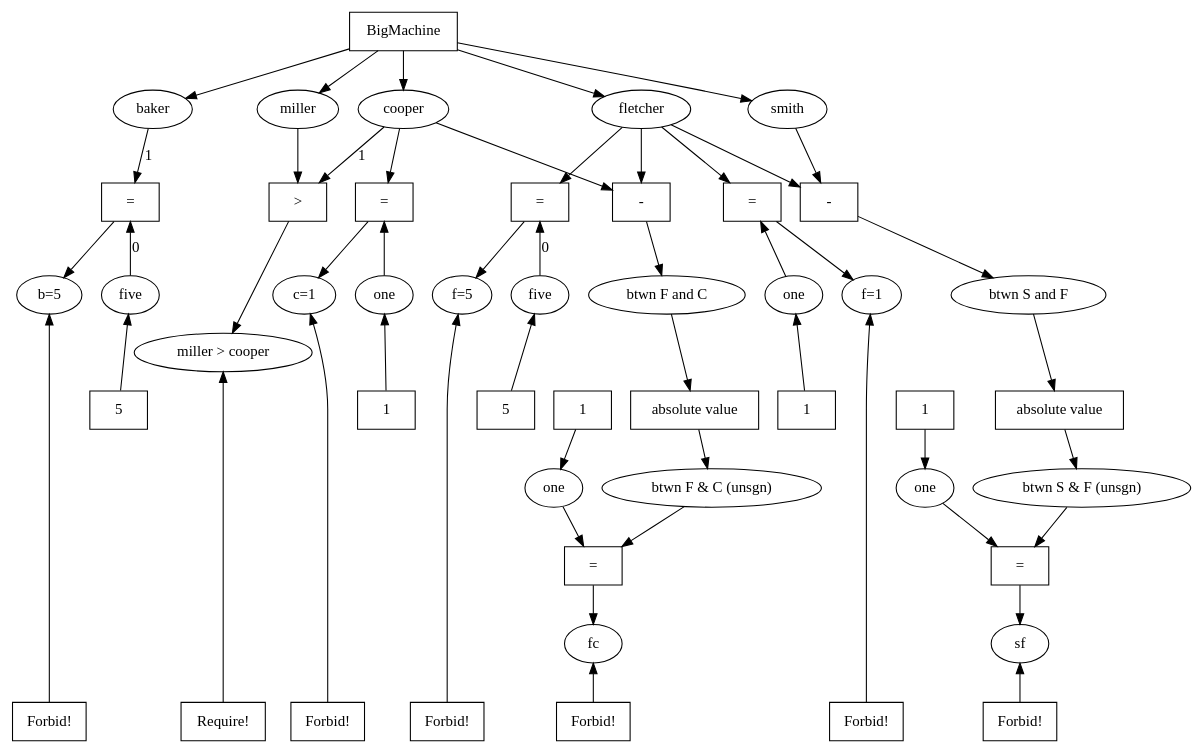
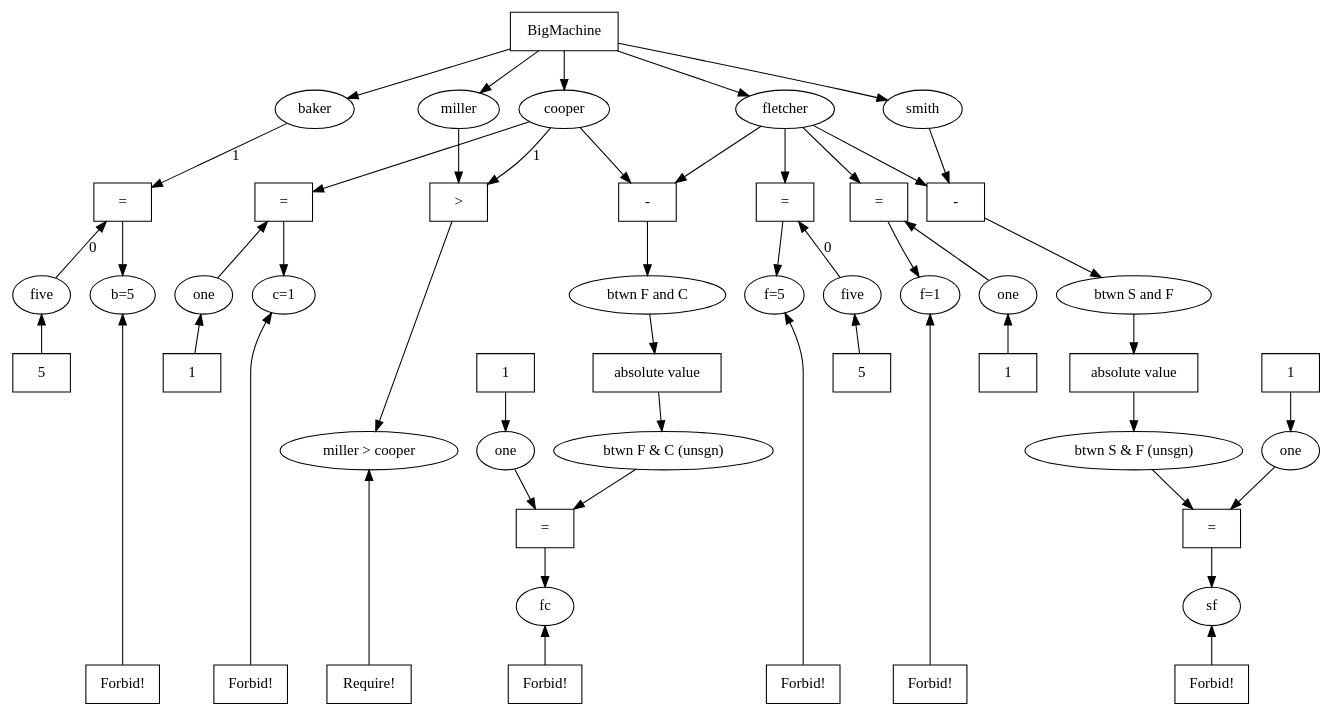
One commit to ProjectMAC/propagators changed the diagram in explorations/graphics/mdonemachine.dot. Above: the diagram before and after it, drawn with Graphviz.

Commit message:
Ok, this will do.

```diff
--- a/explorations/graphics/mdonemachine.dot
+++ b/explorations/graphics/mdonemachine.dot
@@ -1,121 +1,122 @@
 digraph G {
   ratio=fill;
   "(variable) 11" [label="baker", shape="ellipse", rank="people" ];
   "(variable) 17" [label="cooper", shape="ellipse", rank="people" ];
   "(variable) 15" [label="fletcher", shape="ellipse", rank="people" ];
+  "(variable) 19" [label="miller", shape="ellipse", rank="people" ];
   "(variable) 21" [label="smith", shape="ellipse", rank="people" ];
-  "(variable) 19" [label="miller", shape="ellipse", rank="people" ];
+
 
   "(propagator) 12" [label="=", shape="box" ];
    { rank=same; "(propagator) 12"; "(propagator) 14"; "(propagator) 16"; "(propagator) 34"; "(propagator) 37"; "(propagator) 18";  };
    { rank=same; "(variable) 130"; "(variable) 131"; "(variable) 238"; "(variable) 241" }; 
-
+   { rank=same; "(variable) 25"; "(variable) 145"; "(variable) 29"; }; 
    { rank=same; "(propagator) 240"; "(propagator) 241"; "(propagator) 401"; "(propagator) 402"; "(propagator) 403"; };
 
   "(propagator) 240" [label="5", shape="box" ];
   "(variable) 130" -> "(propagator) 240" [label="", dir=back, ];
   "(variable) 130" [label="five", shape="ellipse" ];
   "(propagator) 241" [label="5", shape="box" ];
   "(variable) 131" -> "(propagator) 241" [label="", dir=back, ];
   "(variable) 131" [label="five", shape="ellipse" ];
 
   "(variable) 130" -> "(propagator) 12" [label=0 ];
   "(variable) 131" -> "(propagator) 14" [label=0 ];
 
   "(propagator) 18" [label=">", shape="box" ];
   "(variable) 19" -> "(propagator) 18" [label="" ];
   "(variable) 17" -> "(propagator) 18" [label=1 ];
   "(propagator) 18" -> "(variable) 145" [label="" ];
   "(variable) 145" [label="miller > cooper", shape="ellipse" ];
   "(propagator) 146" [label="Require!", shape="box" ];
   "(propagator) 146" -> "(variable) 145" [label="" ];
 
 
 
   "(propagator) 14" [label="=", shape="box" ];
   "(variable) 15" -> "(propagator) 14" [label="" ];
   "(propagator) 16" [label="-", shape="box" ];
   "(variable) 15" -> "(propagator) 16" [label="" ];
   "(variable) 17" -> "(propagator) 16" [label="" ];
    { rank=same; "(variable) 11"; "(variable) 15"; "(variable) 17"; "(variable) 19"; "(variable) 21" }; 
   "(propagator) 22" [label="-", shape="box" ];
   "(variable) 21" -> "(propagator) 22" [label="" ];
   "(variable) 15" -> "(propagator) 22" [label="" ];
   "(propagator) 22" -> "(variable) 23" [label="" ];
   "(variable) 23" [label="btwn S and F", shape="ellipse" ];
   "(propagator) 24" [label="absolute value", shape="box" ];
   "(variable) 23" -> "(propagator) 24" [label="" ];
   "(propagator) 24" -> "(variable) 25" [label="" ];
   "(variable) 25" [label="btwn S & F (unsgn)", shape="ellipse" ];
   "(propagator) 26" [label="=", shape="box" ];
   "(variable) 207" -> "(propagator) 26" [label="" ];
    { rank=same; "(variable) 209"; "(variable) 210"; "(variable) 35"; "(variable) 38" }; 
 
   "(propagator) 400" [label="1", shape="box" ];
   "(propagator) 400" -> "(variable) 207" [label="" ];
   "(variable) 207" [label="one", shape="ellipse" ];
   "(propagator) 401" [label="1", shape="box" ];
   "(propagator) 401" -> "(variable) 208" [label="" ];
   "(variable) 208" [label="one", shape="ellipse" ];
   "(propagator) 402" [label="1", shape="box" ];
    "(variable) 209" -> "(propagator) 402" [label="", dir=back, ];
   "(variable) 209" [label="one", shape="ellipse" ];
   "(propagator) 403" [label="1", shape="box" ];
   "(variable) 210" -> "(propagator) 403"  [label="", dir=back ];
   "(variable) 210" [label="one", shape="ellipse" ];
 
   "(propagator) 28" [label="=", shape="box" ];
   "(variable) 208" -> "(propagator) 28" [label="" ];
   "(variable) 29" -> "(propagator) 28" [label="" ];
   "(variable) 29" [label="btwn F & C (unsgn)", shape="ellipse" ];
   "(propagator) 30" [label="absolute value", shape="box" ];
   "(variable) 31" -> "(propagator) 30" [label="" ];
   "(variable) 31" [label="btwn F and C", shape="ellipse" ];
   "(propagator) 30" -> "(variable) 29" [label="" ];
   "(propagator) 28" -> "(variable) 32" [label="" ];
   "(variable) 32" [label="fc", shape="ellipse" ];
    { rank=max; "(propagator) 33"; "(propagator) 36"; "(propagator) 39"; "(propagator) 42"; "(propagator) 146"; "(propagator) 239"; "(propagator) 242" };
   "(propagator) 33" [label="Forbid!", shape="box", rank="forbid" ];
   "(propagator) 33" -> "(variable) 32" [label="" ];
   "(variable) 15" -> "(propagator) 34" [label="" ];
 
 subgraph cluster_0 {
                 label = "f_one";	
   "(propagator) 34" [label="=", shape="box" ];
   "(variable) 209" -> "(propagator) 34" [label="" ];
   "(propagator) 34" -> "(variable) 35" [label="" ];
   "(variable) 35" [label="f=1", shape="ellipse" ];
   "(propagator) 36" [label="Forbid!", shape="box", rank="forbid" ];
   "(propagator) 36" -> "(variable) 35" [label="" ];
 	}
   "(propagator) 37" [label="=", shape="box" ];
   "(variable) 210" -> "(propagator) 37" [label="" ];
   "(variable) 17" -> "(propagator) 37" [label="" ];
   "(propagator) 37" -> "(variable) 38" [label="" ];
   "(variable) 38" [label="c=1", shape="ellipse" ];
   "(propagator) 39" [label="Forbid!", shape="box", rank="forbid" ];
   "(propagator) 39" -> "(variable) 38" [label="" ];
   "(variable) 25" -> "(propagator) 26" [label="" ];
   "(propagator) 26" -> "(variable) 41" [label="" ];
   "(variable) 41" [label="sf", shape="ellipse" ];
   "(propagator) 42" [label="Forbid!", shape="box", rank="forbid" ];
   "(propagator) 42" -> "(variable) 41" [label="" ];
 
   "(propagator) 57" [label="BigMachine", shape="box" ];
   "(propagator) 57" -> "(variable) 21" [label="" ];
   "(propagator) 57" -> "(variable) 19" [label="" ];
   "(propagator) 57" -> "(variable) 17" [label="" ];
   "(propagator) 57" -> "(variable) 15" [label="" ];
   "(propagator) 57" -> "(variable) 11" [label="" ];
 
   "(propagator) 16" -> "(variable) 31" [label="" ];
   "(propagator) 14" -> "(variable) 238" [label="" ];
   "(variable) 238" [label="f=5", shape="ellipse" ];
   "(propagator) 239" [label="Forbid!", shape="box", rank="forbid" ];
   "(propagator) 239" -> "(variable) 238" [label="" ];
   "(variable) 11" -> "(propagator) 12" [label=1 ];
   "(propagator) 12" -> "(variable) 241" [label="" ];
   "(variable) 241" [label="b=5", shape="ellipse" ];
   "(propagator) 242" [label="Forbid!", shape="box", rank="forbid" ];
   "(propagator) 242" -> "(variable) 241" [label="" ];
 }
```
